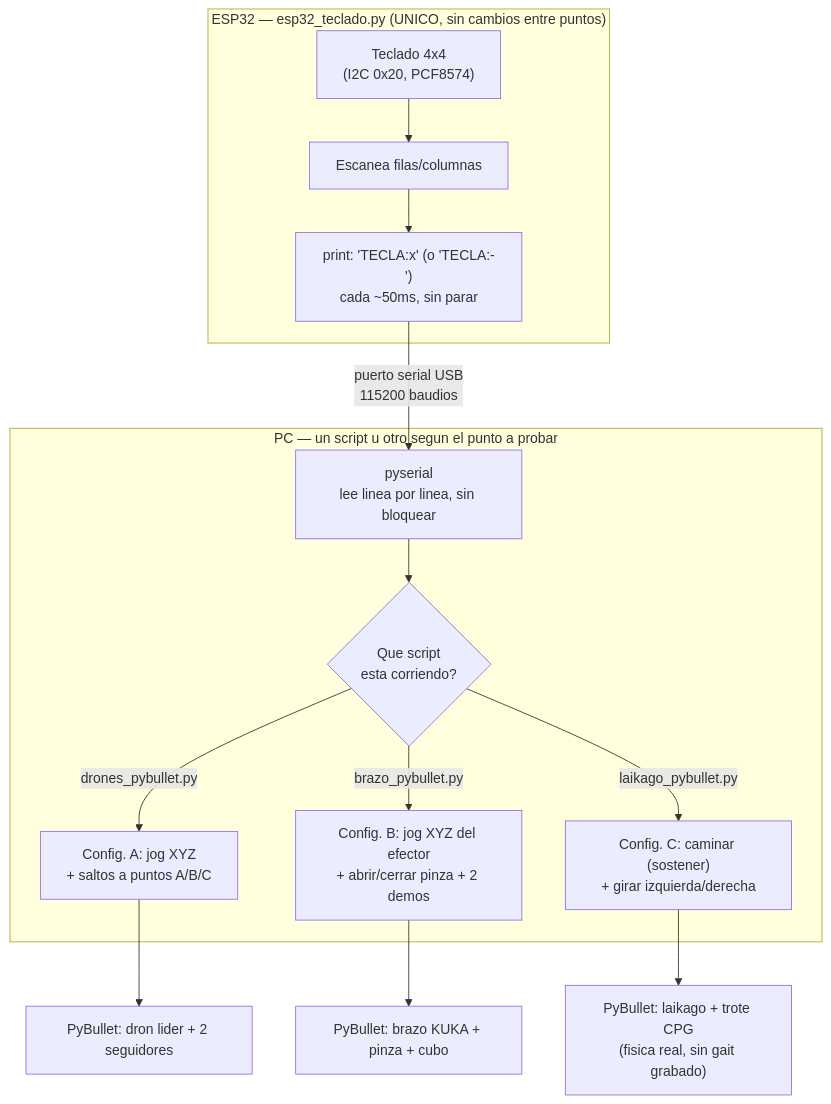
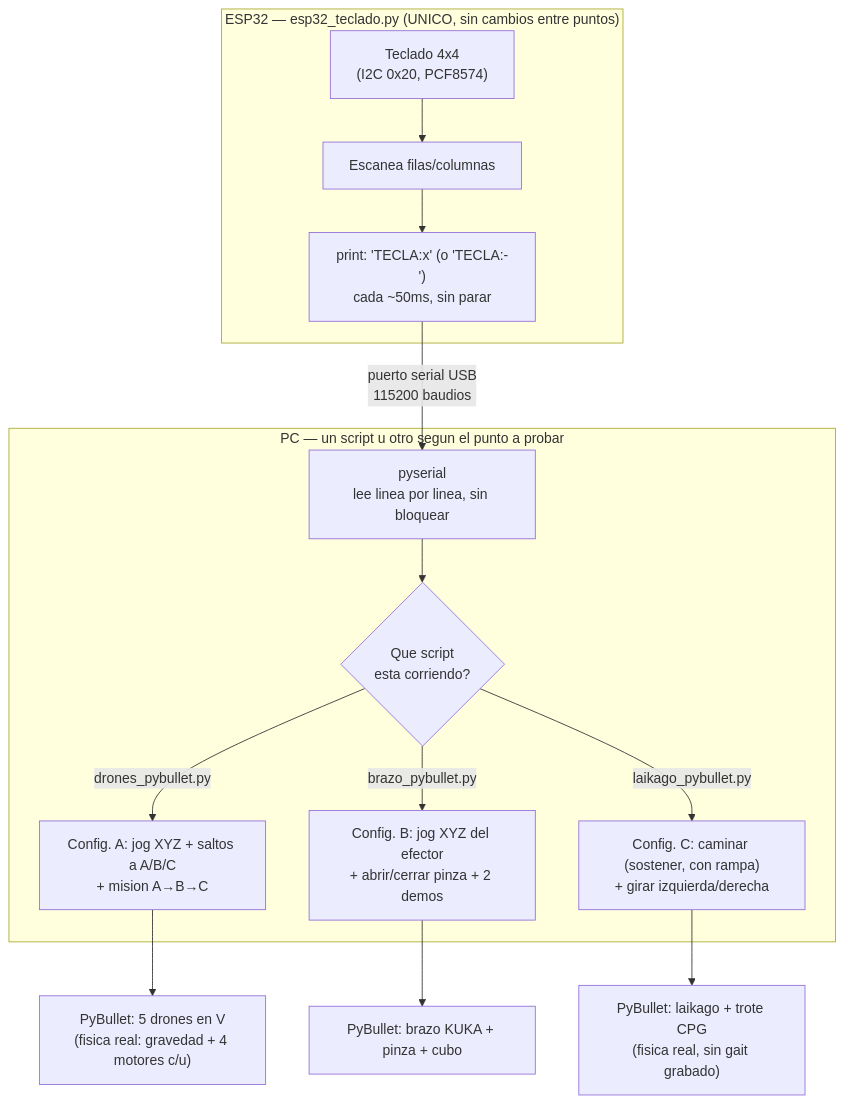
One commit to Dathinel/Sensores-Teoria changed the diagram in 9-taller-segundo-corte/README.md. Above: the diagram before and after it, drawn with Mermaid. The commit also changed other lines of this file and 72 other files, not shown here.

````diff
--- a/9-taller-segundo-corte/README.md
+++ b/9-taller-segundo-corte/README.md
@@ -53,20 +53,20 @@
 ```mermaid
 flowchart TD
     subgraph ESP["ESP32 — esp32_teclado.py (UNICO, sin cambios entre puntos)"]
         Teclado["Teclado 4x4<br/>(I2C 0x20, PCF8574)"] --> Lee["Escanea filas/columnas"]
         Lee --> Envia["print: 'TECLA:x' (o 'TECLA:-')<br/>cada ~50ms, sin parar"]
     end
 
     Envia -->|"puerto serial USB<br/>115200 baudios"| Recibe
 
     subgraph PC["PC — un script u otro segun el punto a probar"]
         Recibe["pyserial<br/>lee linea por linea, sin bloquear"] --> Config{"Que script<br/>esta corriendo?"}
-        Config -->|"drones_pybullet.py"| Drones["Config. A: jog XYZ<br/>+ saltos a puntos A/B/C"]
+        Config -->|"drones_pybullet.py"| Drones["Config. A: jog XYZ + saltos a A/B/C<br/>+ mision A→B→C"]
         Config -->|"brazo_pybullet.py"| Brazo["Config. B: jog XYZ del efector<br/>+ abrir/cerrar pinza + 2 demos"]
-        Config -->|"laikago_pybullet.py"| Patas["Config. C: caminar (sostener)<br/>+ girar izquierda/derecha"]
+        Config -->|"laikago_pybullet.py"| Patas["Config. C: caminar (sostener, con rampa)<br/>+ girar izquierda/derecha"]
     end
 
-    Drones --> SimDrones["PyBullet: dron lider + 2 seguidores"]
+    Drones --> SimDrones["PyBullet: 5 drones en V<br/>(fisica real: gravedad + 4 motores c/u)"]
     Brazo --> SimBrazo["PyBullet: brazo KUKA + pinza + cubo"]
     Patas --> SimPatas["PyBullet: laikago + trote CPG<br/>(fisica real, sin gait grabado)"]
 ```
````
